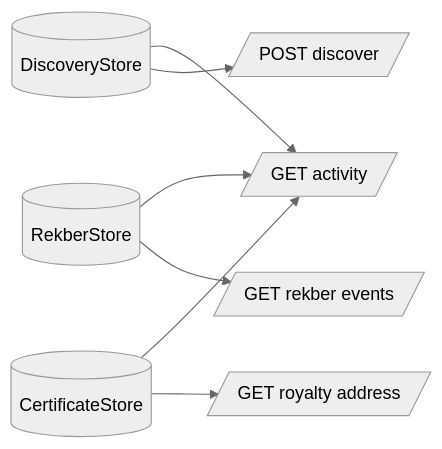
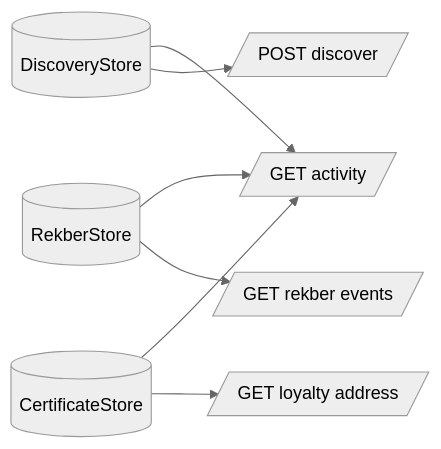
One commit to DXJLabs/vinss changed the third of 4 diagrams in docs/technical/backend/README.md. Above: the diagram before and after it, drawn with Mermaid (neutral theme). The commit also changed other lines of this file and 14 other files, not shown here.

````diff
--- a/docs/technical/backend/README.md
+++ b/docs/technical/backend/README.md
@@ -2144,19 +2144,19 @@
 ```mermaid
 flowchart LR
     D[(DiscoveryStore)]
     R[(RekberStore)]
     C[(CertificateStore)]
 
     ACT[/GET activity/]
     REK[/GET rekber events/]
-    ROY[/GET royalty address/]
+    ROY[/GET loyalty address/]
     DISC[/POST discover/]
 
     D --> ACT
     R --> ACT
     C --> ACT
 
     R --> REK
     C --> ROY
     D --> DISC
 ```
````
